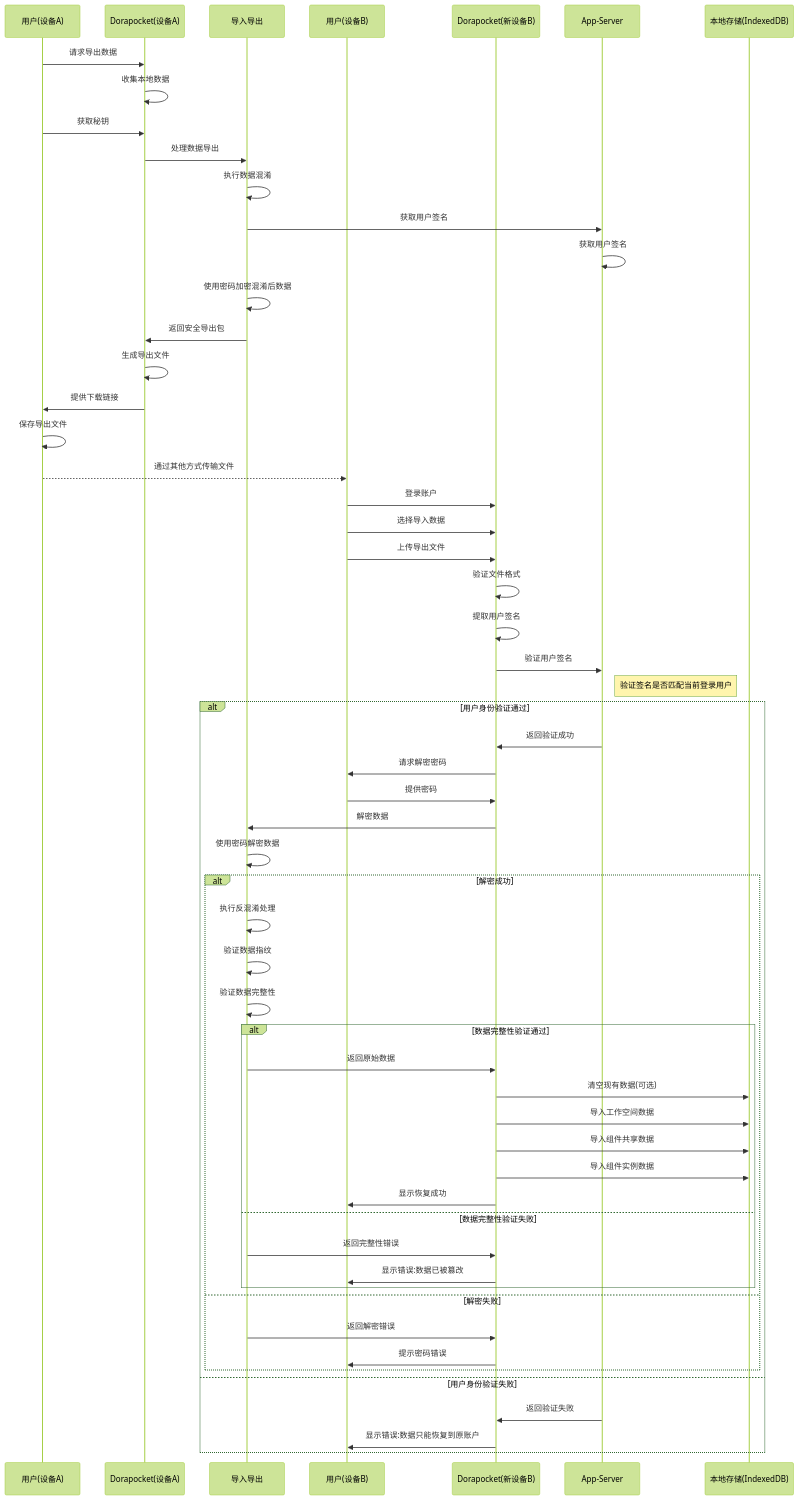
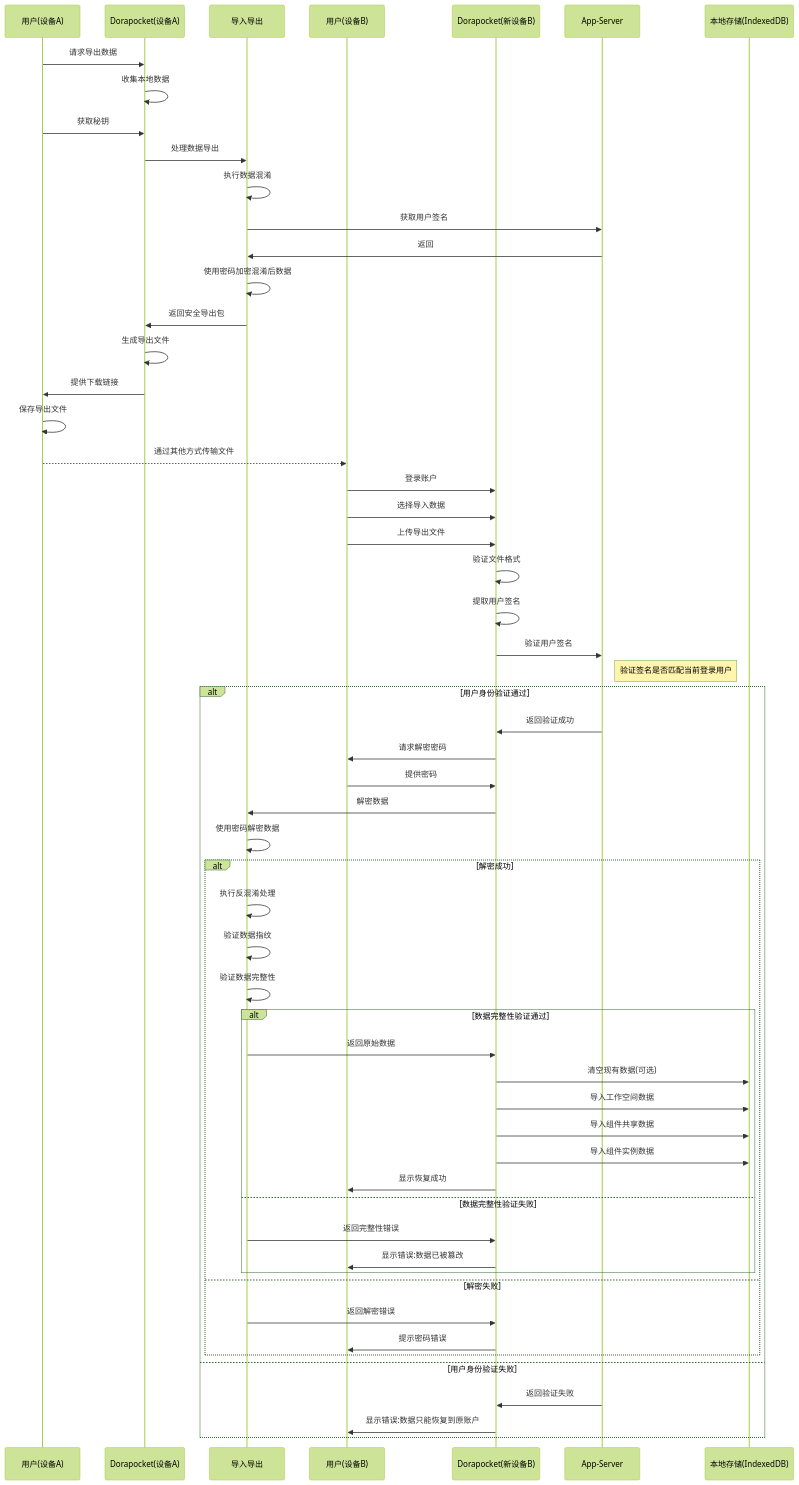
The diagram in all/未命名-34.md (yingjianzh/iodraw-files), drawn with Mermaid (forest theme) before and after one commit.

Commit message:
2025-04-17 16:53:00 update

````diff
--- a/all/未命名-34.md
+++ b/all/未命名-34.md
@@ -1,73 +1,73 @@
 ```mermaid
 sequenceDiagram
     participant UserOld as 用户(设备A)
     participant AppOld as Dorapocket(设备A)
     participant Security as 导入导出
     participant UserNew as 用户(设备B)
     participant AppNew as Dorapocket(新设备B)
     participant AppServer as App-Server
     participant LocalDB as 本地存储(IndexedDB)
     
     %% 导出流程
     UserOld->>AppOld: 请求导出数据
     AppOld->>AppOld: 收集本地数据
     UserOld->>AppOld: 获取秘钥
     
     AppOld->>Security: 处理数据导出
     Security->>Security: 执行数据混淆
     Security->>AppServer: 获取用户签名
-    AppServer->>AppServer: 获取用户签名
+    AppServer->>Security: 返回
     Security->>Security: 使用密码加密混淆后数据
     Security->>AppOld: 返回安全导出包
     
     AppOld->>AppOld: 生成导出文件
     AppOld->>UserOld: 提供下载链接
     UserOld->>UserOld: 保存导出文件
     
     %% 传输文件(由用户完成)
     UserOld-->>UserNew: 通过其他方式传输文件
     
     %% 恢复流程
     UserNew->>AppNew: 登录账户
     UserNew->>AppNew: 选择导入数据
     UserNew->>AppNew: 上传导出文件
     
     AppNew->>AppNew: 验证文件格式
     AppNew->>AppNew: 提取用户签名
     
     AppNew->>AppServer: 验证用户签名
     note right of AppServer: 验证签名是否匹配当前登录用户
     
     alt 用户身份验证通过
         AppServer->>AppNew: 返回验证成功
         AppNew->>UserNew: 请求解密密码
         UserNew->>AppNew: 提供密码
         
         AppNew->>Security: 解密数据
         Security->>Security: 使用密码解密数据
         
         alt 解密成功
             Security->>Security: 执行反混淆处理
             Security->>Security: 验证数据指纹
             Security->>Security: 验证数据完整性
             
             alt 数据完整性验证通过
                 Security->>AppNew: 返回原始数据
                 AppNew->>LocalDB: 清空现有数据(可选)
                 AppNew->>LocalDB: 导入工作空间数据
                 AppNew->>LocalDB: 导入组件共享数据
                 AppNew->>LocalDB: 导入组件实例数据
                 AppNew->>UserNew: 显示恢复成功
             else 数据完整性验证失败
                 Security->>AppNew: 返回完整性错误
                 AppNew->>UserNew: 显示错误:数据已被篡改
             end
         else 解密失败
             Security->>AppNew: 返回解密错误
             AppNew->>UserNew: 提示密码错误
         end
     else 用户身份验证失败
         AppServer->>AppNew: 返回验证失败
         AppNew->>UserNew: 显示错误:数据只能恢复到原账户
     end
 ```
````
